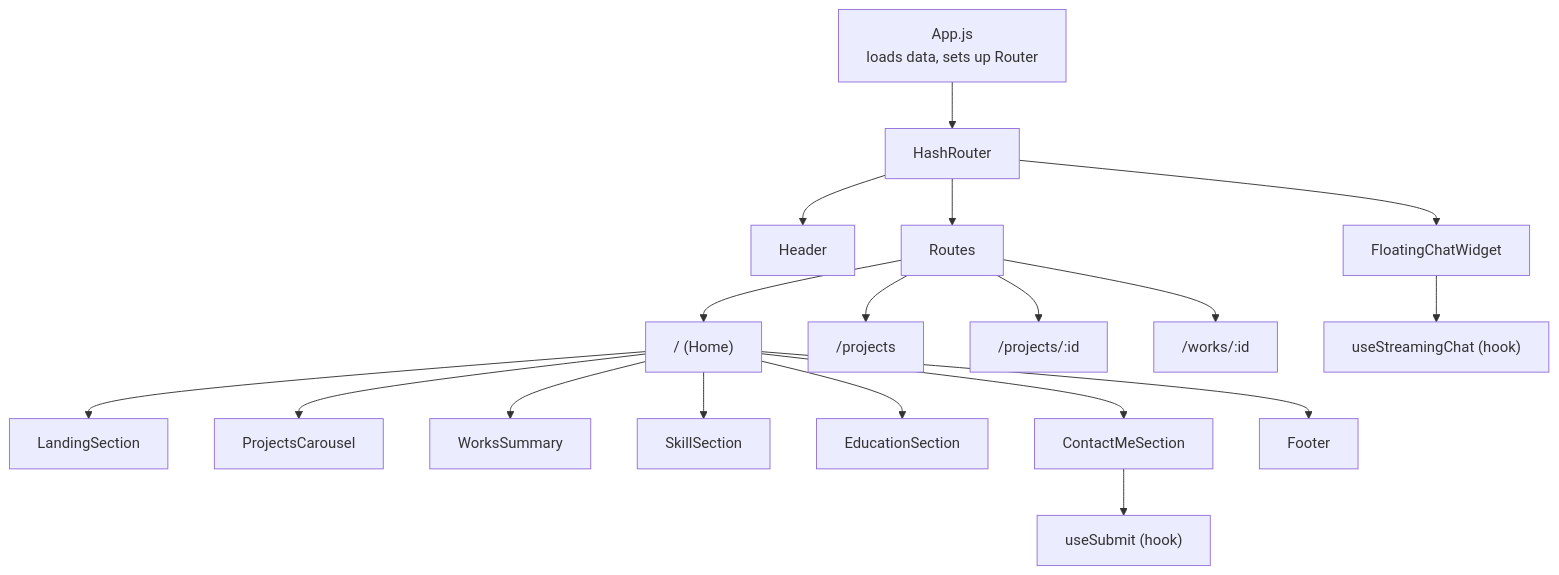
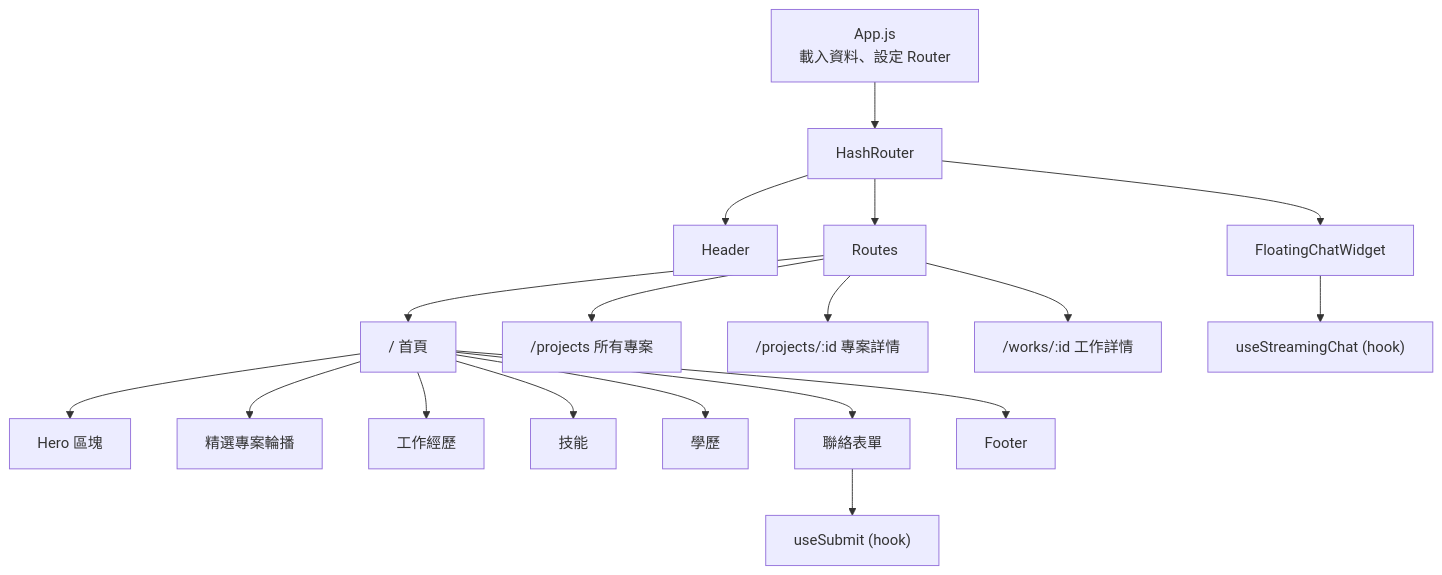
The second of 7 diagrams in docs/architecture.md (a920604a/self-reusme-website), drawn with Mermaid before and after one commit. The commit also changed other lines of this file, not shown here.

Commit message:
feat: enhance architecture documentation with detailed component diagrams and data flow

````diff
--- a/docs/architecture.md
+++ b/docs/architecture.md
@@ -38,25 +38,25 @@
 ```mermaid
 graph TD
-    App["App.js\nloads data, sets up Router"]
+    App["App.js\n載入資料、設定 Router"]
 
     App --> Router["HashRouter"]
     Router --> Header
     Router --> FloatingChatWidget
     Router --> Routes
 
-    Routes --> Home["/ (Home)"]
-    Routes --> Projects["/projects"]
-    Routes --> ProjectDetail["/projects/:id"]
-    Routes --> WorkDetail["/works/:id"]
+    Routes --> Home["/ 首頁"]
+    Routes --> Projects["/projects 所有專案"]
+    Routes --> ProjectDetail["/projects/:id 專案詳情"]
+    Routes --> WorkDetail["/works/:id 工作詳情"]
 
-    Home --> LandingSection
-    Home --> ProjectsCarousel
-    Home --> WorksSummary
-    Home --> SkillSection
-    Home --> EducationSection
-    Home --> ContactMeSection
+    Home --> LandingSection["Hero 區塊"]
+    Home --> ProjectsCarousel["精選專案輪播"]
+    Home --> WorksSummary["工作經歷"]
+    Home --> SkillSection["技能"]
+    Home --> EducationSection["學歷"]
+    Home --> ContactMeSection["聯絡表單"]
     Home --> Footer
 
     FloatingChatWidget --> useStreamingChat["useStreamingChat (hook)"]
     ContactMeSection --> useSubmit["useSubmit (hook)"]
 ```
````
